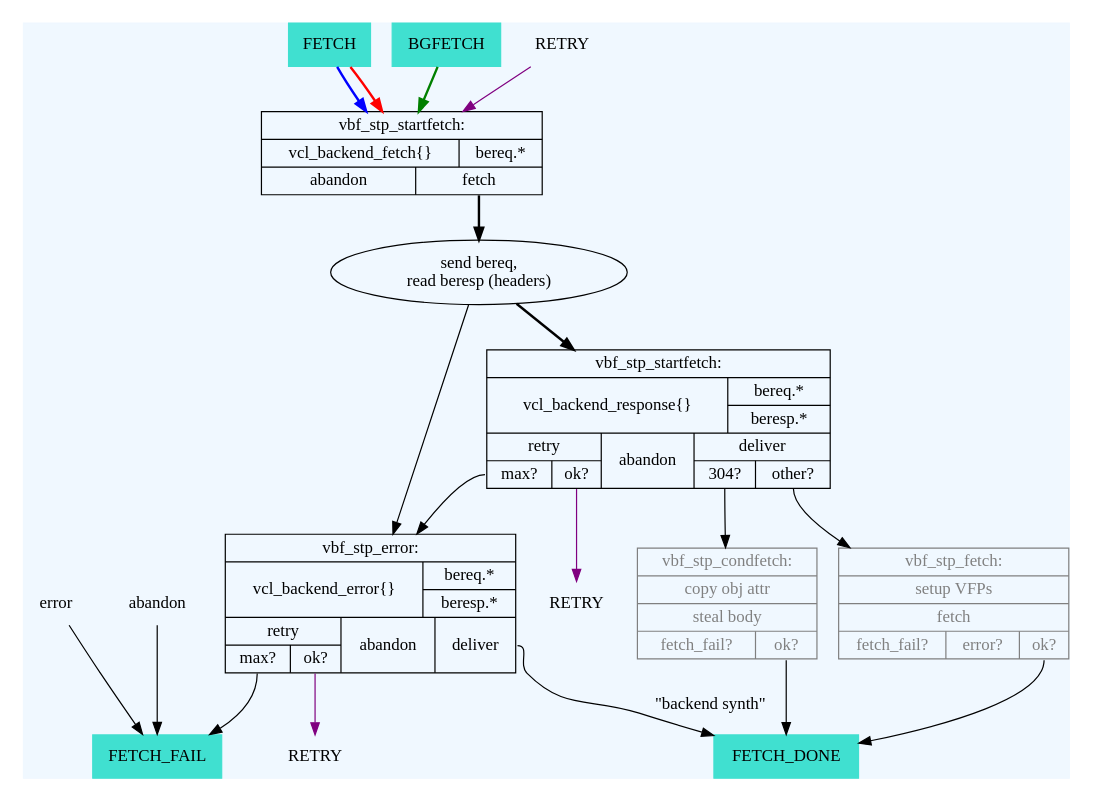
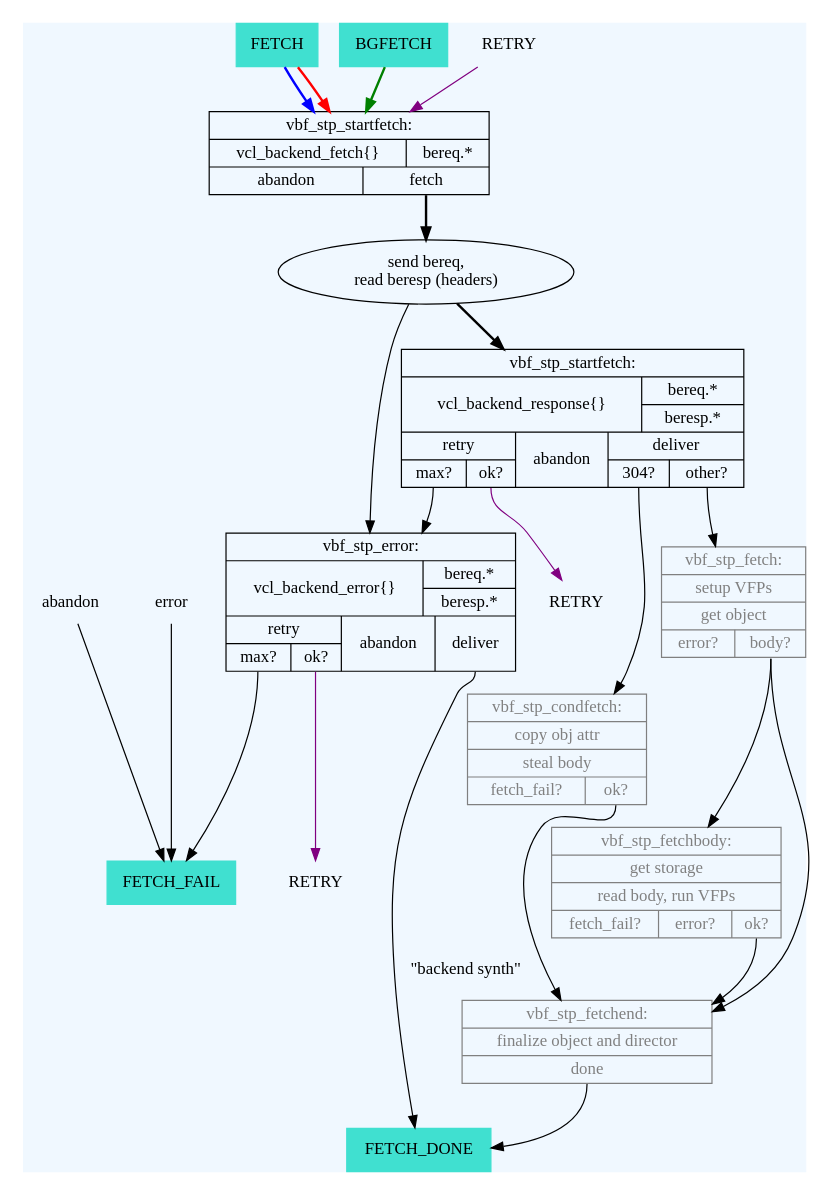
Before and after one commit to varnishcache/varnish-cache: the diagram in doc/graphviz/cache_fetch.dot, drawn with Graphviz. The commit also changed 1 other file, not shown here.

Commit message:
document new fetch sub-states
this reflects changes from 5b2888f3556a0cffc7d89d5db99e97f467eb7a17 and
a3b06bb2f31a6199f3ea31b44343753bf4a6d55e

```diff
--- a/doc/graphviz/cache_fetch.dot
+++ b/doc/graphviz/cache_fetch.dot
@@ -1,101 +1,118 @@
 /*
  * we should format labels in a readable form like
  *			    label="
  *			    {vbf_stp_startfetch:|
  *				    {vcl_backend_fetch\{\}|bereq.*}|
  *				    {abandon|
  *					    <fetch>fetch}}"
  *
  * <rant>
  * ... but some servers in the v-c.o build farm use old graphviz 2.26.3
  * which cannot handle labels with additional whitespace properly, so
  * for the time being we need to fall back into dark middle ages and
  * use illegibly long lines
  * </rant>
  * -- slink 20141013
  */
 
 digraph cache_fetch {
 	margin="0.5"
 	center="1"
 
 	/*** cache_fetch.c ***/
 	subgraph cluster_backend {
 		style=filled
 		color=aliceblue
 		RETRY [shape=plaintext]
 		v_b_f_BGFETCH [label="BGFETCH",
 			       shape=box,
 			       style=filled,
 			       color=turquoise]
 		v_b_f_FETCH [label="FETCH",
 			       shape=box,
 			       style=filled,
 			       color=turquoise]
 		v_b_f_BGFETCH -> v_b_f [style=bold,color=green]
 		v_b_f_FETCH -> v_b_f [style=bold,color=blue]
 		v_b_f_FETCH -> v_b_f [style=bold,color=red]
 		RETRY -> v_b_f [color=purple]
 		/* vbf_stp_startfetch() */
 		v_b_f [
 			    shape=record
 			    label="{vbf_stp_startfetch:|{vcl_backend_fetch\{\}|bereq.*}|{abandon|<fetch>fetch}}"
 		]
 		v_b_f:fetch:s -> v_b_hdrs [style=bold]
 		v_b_hdrs [ label="send bereq,\nread beresp (headers)"]
 		v_b_hdrs -> v_b_r [style=bold]
 		v_b_hdrs -> v_b_e
 		v_b_r [
 			    shape=record
 			    label="{vbf_stp_startfetch:|{vcl_backend_response\{\}|{bereq.*|beresp.*}}|{{retry|{<max>max?|<retry>ok?}}|abandon|{deliver|{<fetch_304>304?|<non_304>other?}}}}"
 		]
 		v_b_r:retry -> v_b_r_retry [color=purple]
 		v_b_r:max -> v_b_e
 		v_b_r:fetch_304:s -> vbf_stp_condfetch
 		v_b_r:non_304:s -> vbf_stp_fetch
 
 		v_b_r_retry [label="RETRY",shape=plaintext]
 
+		vbf_stp_fetchbody [
+			       shape=record
+			       fontcolor=grey
+			       color=grey
+			       label="{vbf_stp_fetchbody:|get storage|read body, run VFPs|{fetch_fail?|error?|<ok>ok?}}"
+			       ]
+		vbf_stp_fetchbody:ok:s -> vbf_stp_fetchend
+
 		vbf_stp_fetch [
 			       shape=record
 			       fontcolor=grey
 			       color=grey
-			       label="{vbf_stp_fetch:|setup VFPs|<fetch>fetch|{fetch_fail?|error?|<ok>ok?}}"
+			       label="{vbf_stp_fetch:|setup VFPs|get object|{error?|<body>body?}}"
 			       ]
-		vbf_stp_fetch:ok:s -> FETCH_DONE
+		vbf_stp_fetch:body:s -> vbf_stp_fetchbody
+		vbf_stp_fetch:body:s -> vbf_stp_fetchend
+
+		vbf_stp_fetchend [
+			       shape=record
+			       fontcolor=grey
+			       color=grey
+			       label="{vbf_stp_fetchend:|finalize object and director|<done>done}"
+			       ]
+		vbf_stp_fetchend:done:s -> FETCH_DONE
 
 		vbf_stp_condfetch [
 			       shape=record
 			       fontcolor=grey
 			       color=grey
 			       label="{vbf_stp_condfetch:|copy obj attr|steal body|{fetch_fail?|<ok>ok?}}"
 
 		]
-		vbf_stp_condfetch:ok:s -> FETCH_DONE
+		vbf_stp_condfetch:ok:s -> vbf_stp_fetchend
 
 		error [shape=plaintext]
 		error -> FETCH_FAIL
 
 		/* vbf_stp_error */
 		v_b_e [
 			    shape=record
 			    label="{vbf_stp_error:|{vcl_backend_error\{\}|{bereq.*|beresp.*}}|{{retry|{<max>max?|<retry>ok?}}|abandon|<deliver>deliver}}}"
 			    ]
 		// v_b_e:deliver aka "backend synth" - goes into cache
 		v_b_e:deliver -> FETCH_DONE [label="\"backend synth\""]
 		v_b_e:retry -> v_b_e_retry [color=purple]
 		v_b_e_retry [label="RETRY",shape=plaintext]
 		v_b_e:max:s -> FETCH_FAIL
 
 		v_b_e_retry [label="RETRY",shape=plaintext]
 
 		FETCH_DONE [label="FETCH_DONE",
 			    shape=box,style=filled,color=turquoise]
 
 		abandon [shape=plaintext]
 		abandon -> FETCH_FAIL
 		// F_STP_FAIL
 		FETCH_FAIL [label="FETCH_FAIL",
 			    shape=box,style=filled,color=turquoise]
 	}
 }
```
